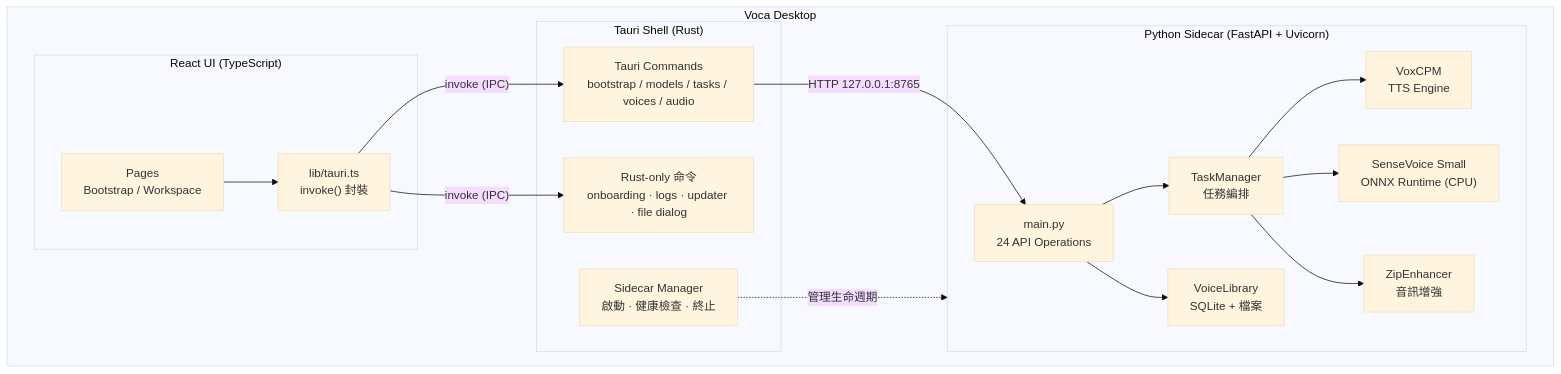
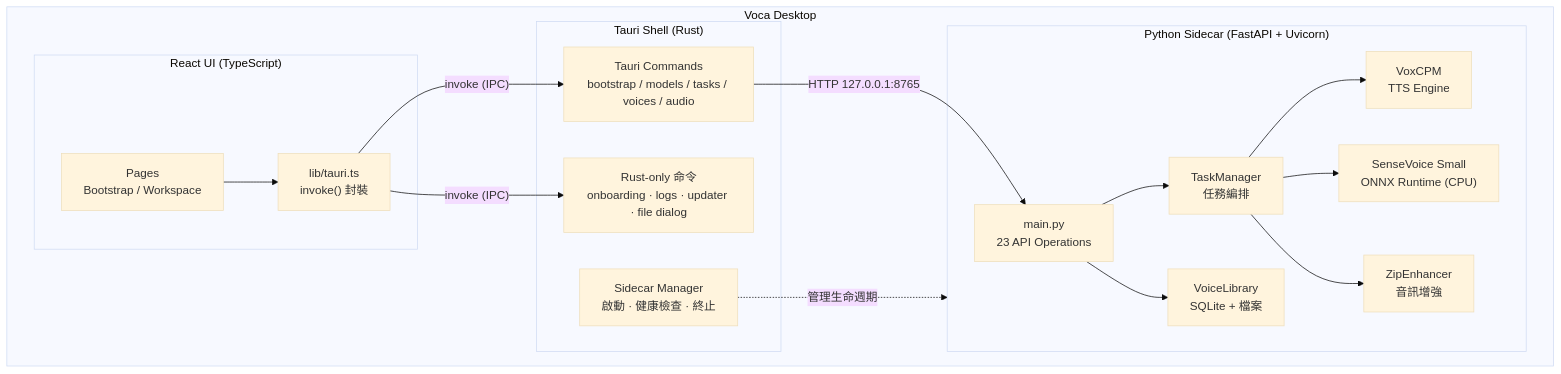
The first of 7 diagrams in docs/zh-TW/architecture.md (ZMXJJ/Voca), drawn with Mermaid (base theme) before and after one commit. The commit also changed 5 other files, not shown here.

````diff
--- a/docs/zh-TW/architecture.md
+++ b/docs/zh-TW/architecture.md
@@ -7,35 +7,35 @@
 ```mermaid
 graph TB
     subgraph Desktop["Voca Desktop"]
         subgraph Frontend["React UI (TypeScript)"]
             Pages["Pages<br/>Bootstrap / Workspace"]
             TauriTS["lib/tauri.ts<br/>invoke() 封裝"]
         end
 
         subgraph Rust["Tauri Shell (Rust)"]
             Commands["Tauri Commands<br/>bootstrap / models / tasks / voices / audio"]
             Sidecar["Sidecar Manager<br/>啟動 · 健康檢查 · 終止"]
             RustOnly["Rust-only 命令<br/>onboarding · logs · updater · file dialog"]
         end
 
         subgraph Python["Python Sidecar (FastAPI + Uvicorn)"]
-            Routes["main.py<br/>24 API Operations"]
+            Routes["main.py<br/>23 API Operations"]
             TaskMgr["TaskManager<br/>任務編排"]
             VoxCPM["VoxCPM<br/>TTS Engine"]
             ASR["SenseVoice Small<br/>ONNX Runtime (CPU)"]
             Enhancer["ZipEnhancer<br/>音訊增強"]
             VoiceLib["VoiceLibrary<br/>SQLite + 檔案"]
         end
     end
 
     Pages --> TauriTS
     TauriTS -- "invoke (IPC)" --> Commands
     TauriTS -- "invoke (IPC)" --> RustOnly
     Commands -- "HTTP 127.0.0.1:8765" --> Routes
     Sidecar -. "管理生命週期" .-> Python
     Routes --> TaskMgr
     Routes --> VoiceLib
     TaskMgr --> VoxCPM
     TaskMgr --> ASR
     TaskMgr --> Enhancer
 ```
````
